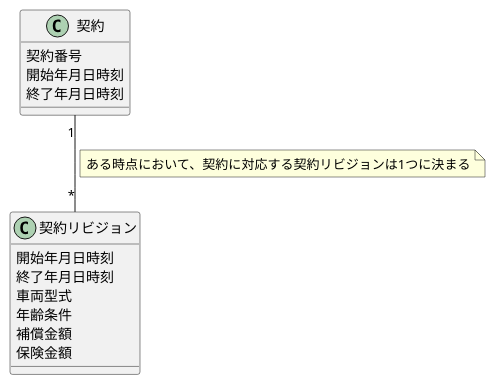
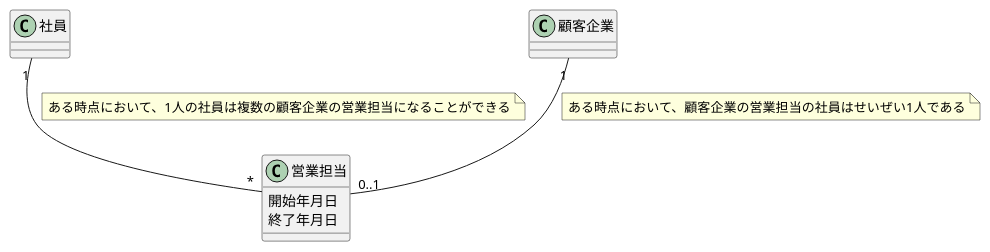
The diagram in ch11/sample.puml (yinm/uml-modeling-lesson), drawn with PlantUML before and after one commit.

Commit message:
Add lesson40

```diff
--- a/ch11/sample.puml
+++ b/ch11/sample.puml
@@ -1,21 +1,17 @@
 @startuml
 
-class 契約 {
-  契約番号
-  開始年月日時刻
-  終了年月日時刻
+class 社員
+class 顧客企業
+
+class 営業担当 {
+  開始年月日
+  終了年月日
 }
 
-class 契約リビジョン {
-  開始年月日時刻
-  終了年月日時刻
-  車両型式
-  年齢条件
-  補償金額
-  保険金額
-}
+社員 "1"--"*" 営業担当
+note on link : ある時点において、1人の社員は複数の顧客企業の営業担当になることができる
 
-契約 "1"--"*" 契約リビジョン
-note on link : ある時点において、契約に対応する契約リビジョンは1つに決まる
+顧客企業 "1"--"0..1" 営業担当
+note on link : ある時点において、顧客企業の営業担当の社員はせいぜい1人である
 
 @enduml
```
